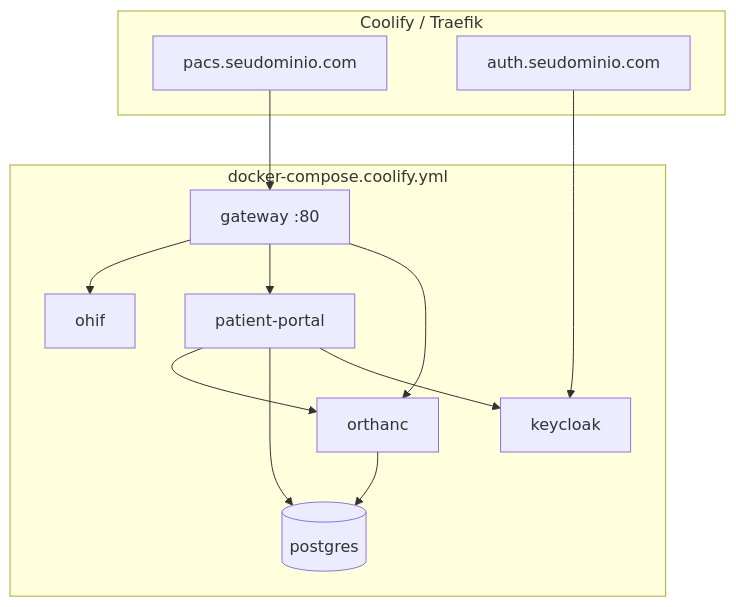
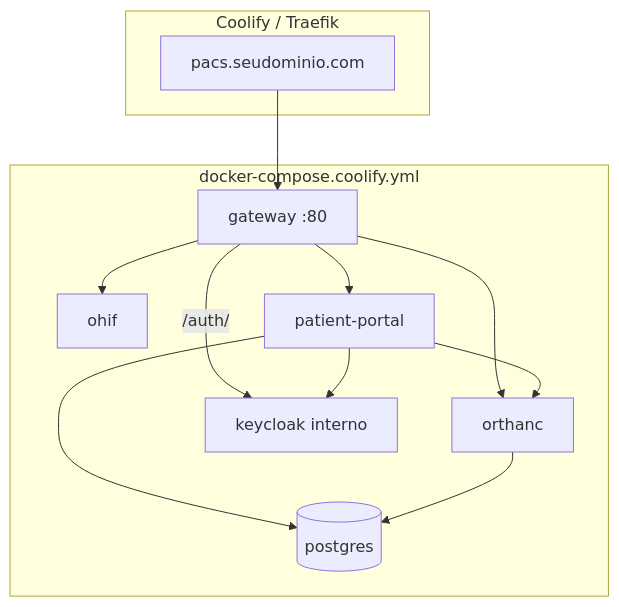
One commit to leandroborgeseng/LEXPACS changed the diagram in docs/COOLIFY.md. Above: the diagram before and after it, drawn with Mermaid. The commit also changed other lines of this file and 11 other files, not shown here.

First line of the commit message:
feat: Keycloak interno via /auth/ — um domínio no Coolify

````diff
--- a/docs/COOLIFY.md
+++ b/docs/COOLIFY.md
@@ -9,24 +11,23 @@
 ```mermaid
 flowchart TB
   subgraph coolify [Coolify / Traefik]
-    DOM1[pacs.seudominio.com]
-    DOM2[auth.seudominio.com]
+    DOM[pacs.seudominio.com]
   end
   subgraph stack [docker-compose.coolify.yml]
     GW[gateway :80]
     OHIF[ohif]
     PORTAL[patient-portal]
     ORTH[orthanc]
     PG[(postgres)]
-    KC[keycloak]
+    KC[keycloak interno]
   end
-  DOM1 --> GW
-  DOM2 --> KC
+  DOM --> GW
+  GW -->|"/auth/"| KC
   GW --> OHIF
   GW --> PORTAL
   GW --> ORTH
   PORTAL --> ORTH
   PORTAL --> PG
   ORTH --> PG
   PORTAL --> KC
 ```
````
